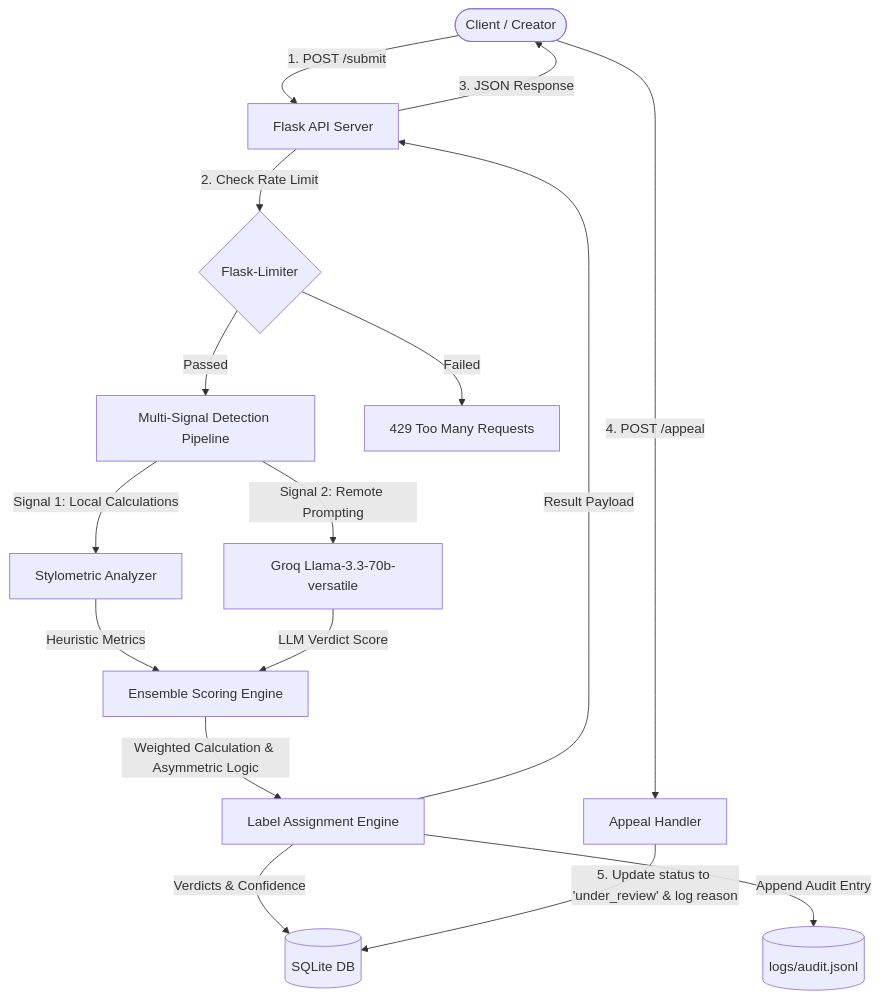
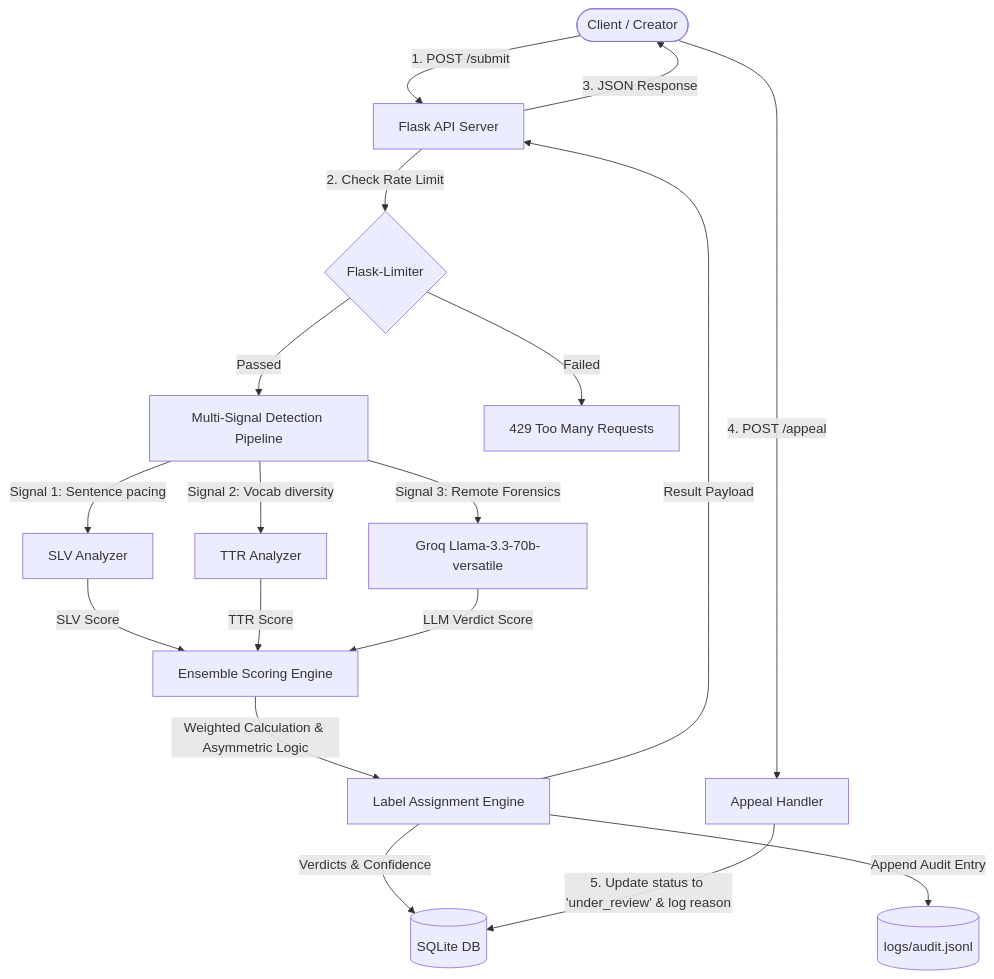
Before and after one commit to biniyamlombe/ai201-lab4-repairsafe-starter: the diagram in planning.md, drawn with Mermaid. The commit also changed other lines of this file, not shown here.

````diff
--- a/planning.md
+++ b/planning.md
@@ -9,22 +9,24 @@
 ```mermaid
 graph TD
     User([Client / Creator]) -->|1. POST /submit| Server[Flask API Server]
     Server -->|2. Check Rate Limit| Limiter{Flask-Limiter}
     Limiter -->|Passed| Pipeline[Multi-Signal Detection Pipeline]
     Limiter -->|Failed| Res429[429 Too Many Requests]
     
-    Pipeline -->|Signal 1: Local Calculations| Stylometrics[Stylometric Analyzer]
-    Pipeline -->|Signal 2: Remote Prompting| Groq[Groq Llama-3.3-70b-versatile]
+    Pipeline -->|Signal 1: Sentence pacing| SLVMetric[SLV Analyzer]
+    Pipeline -->|Signal 2: Vocab diversity| TTRMetric[TTR Analyzer]
+    Pipeline -->|Signal 3: Remote Forensics| Groq[Groq Llama-3.3-70b-versatile]
     
-    Stylometrics -->|Heuristic Metrics| Ensemble[Ensemble Scoring Engine]
+    SLVMetric -->|SLV Score| Ensemble[Ensemble Scoring Engine]
+    TTRMetric -->|TTR Score| Ensemble
     Groq -->|LLM Verdict Score| Ensemble
     
     Ensemble -->|Weighted Calculation & Asymmetric Logic| Labeler[Label Assignment Engine]
     Labeler -->|Verdicts & Confidence| DB[(SQLite DB)]
     Labeler -->|Append Audit Entry| LogFile[(logs/audit.jsonl)]
     Labeler -->|Result Payload| Server
     Server -->|3. JSON Response| User
     
     User -->|4. POST /appeal| AppealRoute[Appeal Handler]
     AppealRoute -->|5. Update status to 'under_review' & log reason| DB
 ```
````
